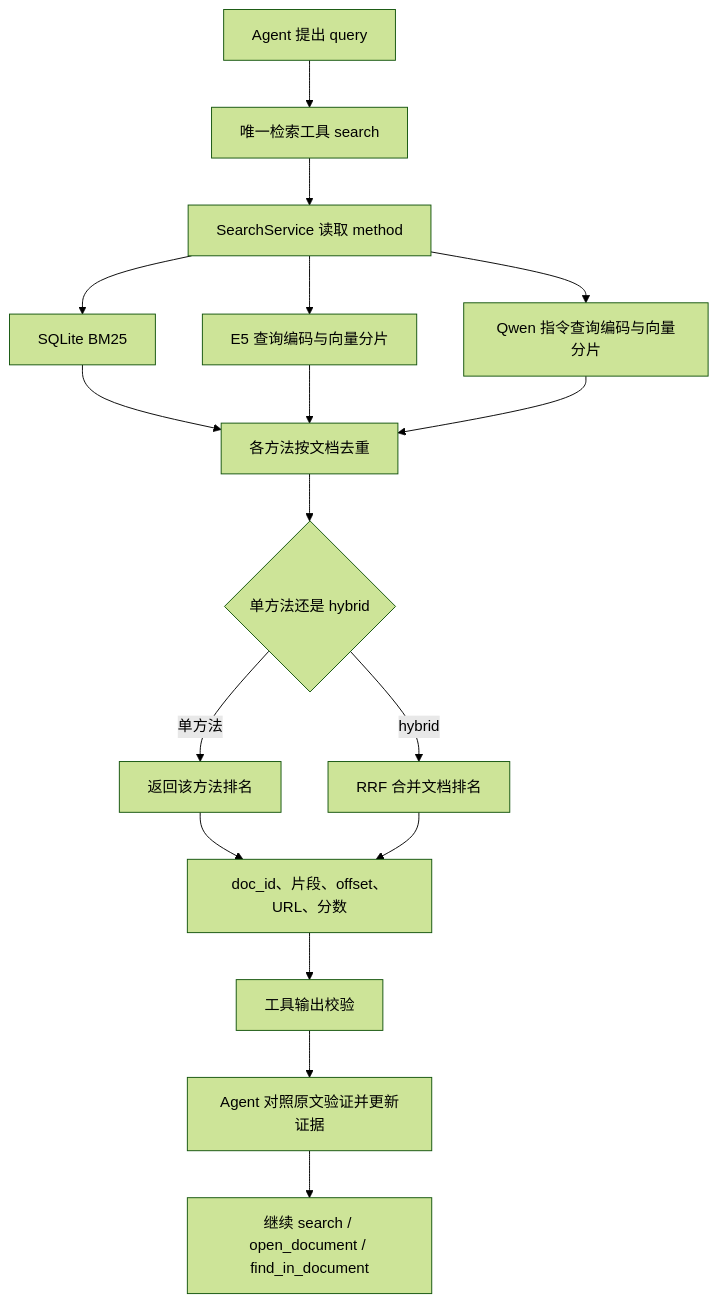
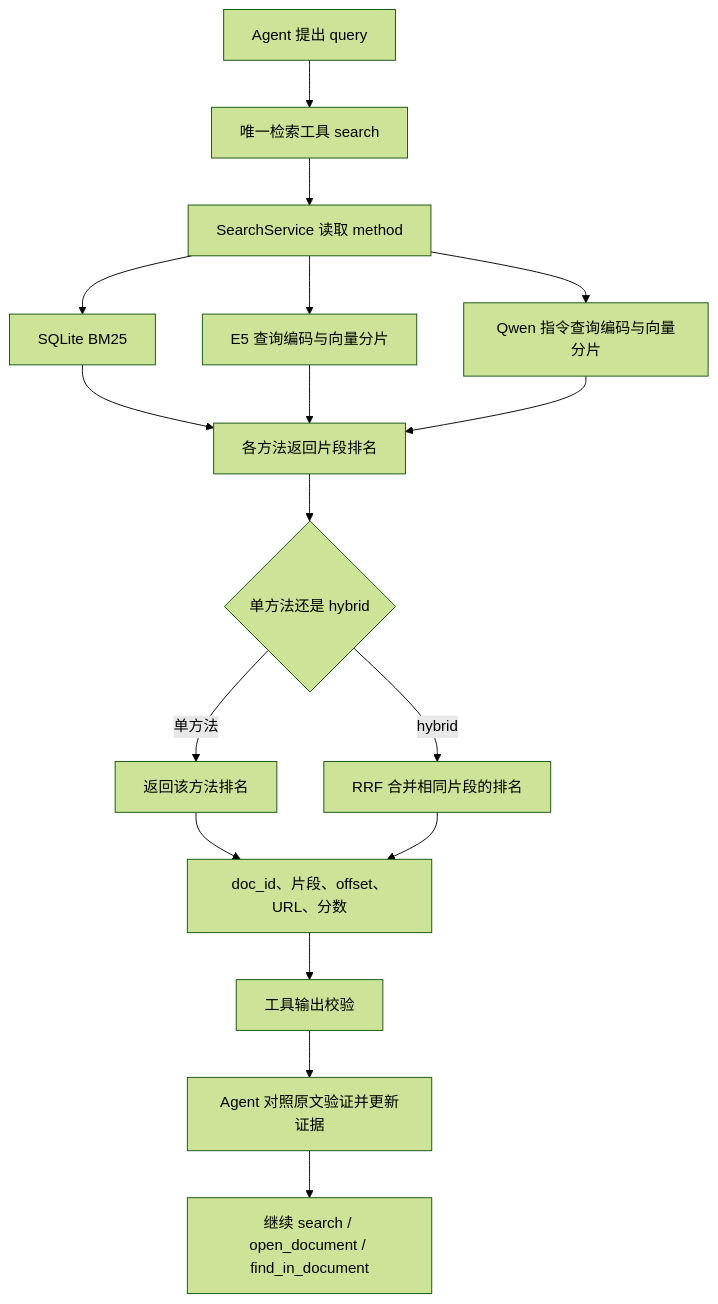
Before and after one commit to zz1170115506-del/NLP-Agentic-RAG-for-given-documents: the diagram in docs/RAG_设计思路.md, drawn with Mermaid (forest theme). The commit also changed other lines of this file and 10 other files, not shown here.

````diff
--- a/docs/RAG_设计思路.md
+++ b/docs/RAG_设计思路.md
@@ -95,19 +95,19 @@
 ```mermaid
 flowchart TD
     A[Agent 提出 query] --> B[唯一检索工具 search]
     B --> C[SearchService 读取 method]
     C --> D[SQLite BM25]
     C --> E[E5 查询编码与向量分片]
     C --> F[Qwen 指令查询编码与向量分片]
-    D --> G[各方法按文档去重]
+    D --> G[各方法返回片段排名]
     E --> G
     F --> G
     G --> H{单方法还是 hybrid}
     H -->|单方法| I[返回该方法排名]
-    H -->|hybrid| J[RRF 合并文档排名]
+    H -->|hybrid| J[RRF 合并相同片段的排名]
     I --> K[doc_id、片段、offset、URL、分数]
     J --> K
     K --> L[工具输出校验]
     L --> M[Agent 对照原文验证并更新证据]
     M --> N[继续 search / open_document / find_in_document]
 ```
````
